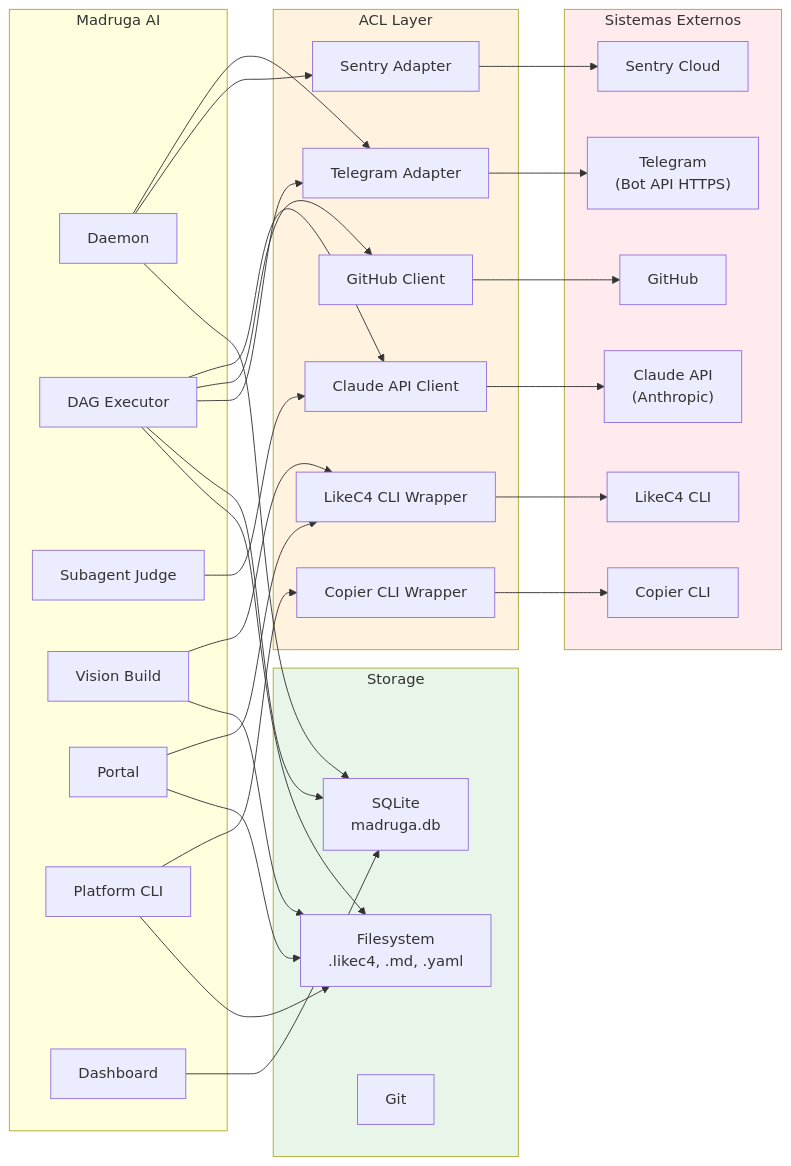
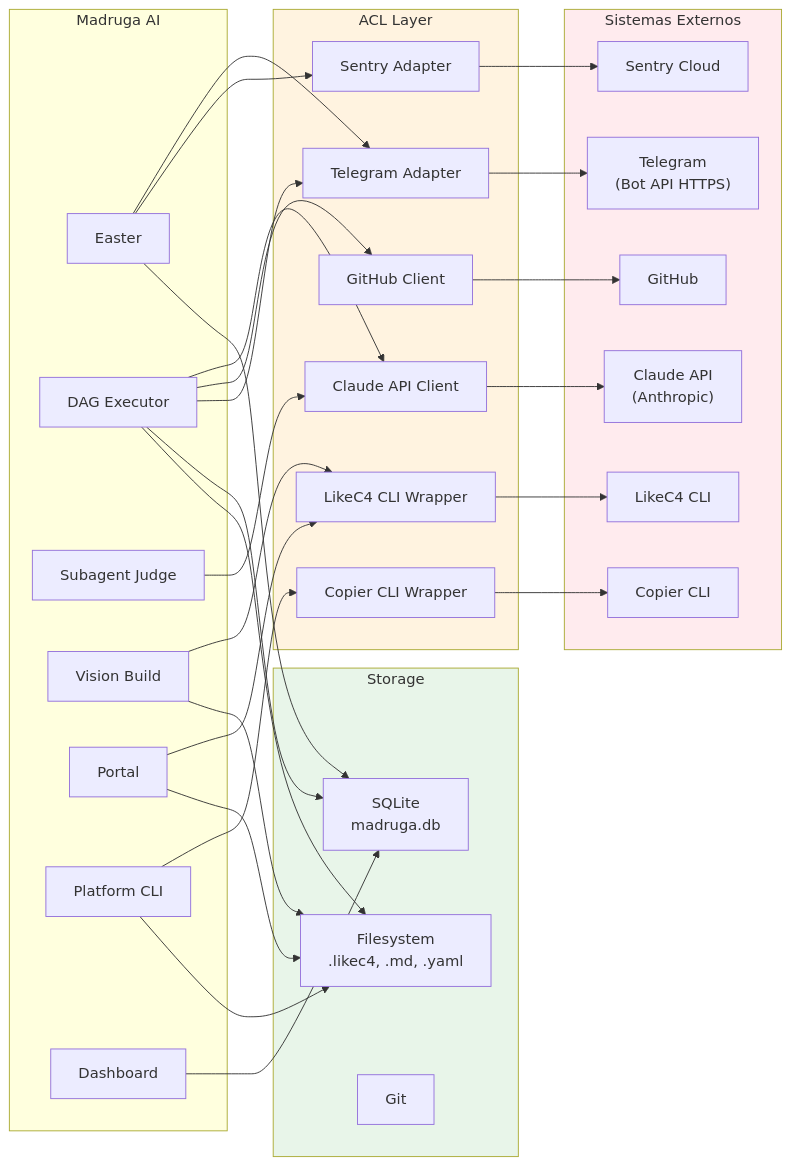
Before and after one commit to paceautomations/madruga.ai: the diagram in platforms/madruga-ai/engineering/integrations.md, drawn with Mermaid. The commit also changed other lines of this file and 122 other files, not shown here.

First line of the commit message:
feat: epic 021 — pipeline intelligence artifacts, daemon→easter rename, audit PNG cleanup

````diff
--- a/platforms/madruga-ai/engineering/integrations.md
+++ b/platforms/madruga-ai/engineering/integrations.md
@@ -11,70 +11,70 @@
 ```mermaid
 graph LR
     subgraph madruga["Madruga AI"]
-        daemon["Daemon"]
+        easter["Easter"]
         dag["DAG Executor"]
         judge["Subagent Judge"]
         vision["Vision Build"]
         portal["Portal"]
         pcli["Platform CLI"]
         dashboard["Dashboard"]
     end
 
     subgraph acl["ACL Layer"]
         claude_acl["Claude API Client"]
         github_acl["GitHub Client"]
         telegram_acl["Telegram Adapter"]
         likec4_acl["LikeC4 CLI Wrapper"]
         copier_acl["Copier CLI Wrapper"]
         sentry_acl["Sentry Adapter"]
     end
 
     subgraph external["Sistemas Externos"]
         claude["Claude API<br/>(Anthropic)"]
         github["GitHub"]
         telegram["Telegram<br/>(Bot API HTTPS)"]
         likec4["LikeC4 CLI"]
         copier["Copier CLI"]
         sentry["Sentry Cloud"]
     end
 
     subgraph storage["Storage"]
         sqlite["SQLite<br/>madruga.db"]
         fs["Filesystem<br/>.likec4, .md, .yaml"]
         git["Git"]
     end
 
     dag --> claude_acl
     judge --> claude_acl
     claude_acl --> claude
 
     dag --> github_acl
     github_acl --> github
 
     dag --> telegram_acl
-    daemon --> telegram_acl
+    easter --> telegram_acl
     telegram_acl --> telegram
 
     vision --> likec4_acl
     portal --> likec4_acl
     likec4_acl --> likec4
 
     pcli --> copier_acl
     copier_acl --> copier
 
-    daemon --> sentry_acl
+    easter --> sentry_acl
     sentry_acl --> sentry
 
     dashboard --> sqlite
     dag --> sqlite
-    daemon --> sqlite
+    easter --> sqlite
 
     portal --> fs
     vision --> fs
     pcli --> fs
     dag --> fs
 
     style acl fill:#FFF3E0
     style external fill:#FFEBEE
     style storage fill:#E8F5E9
 ```
````
